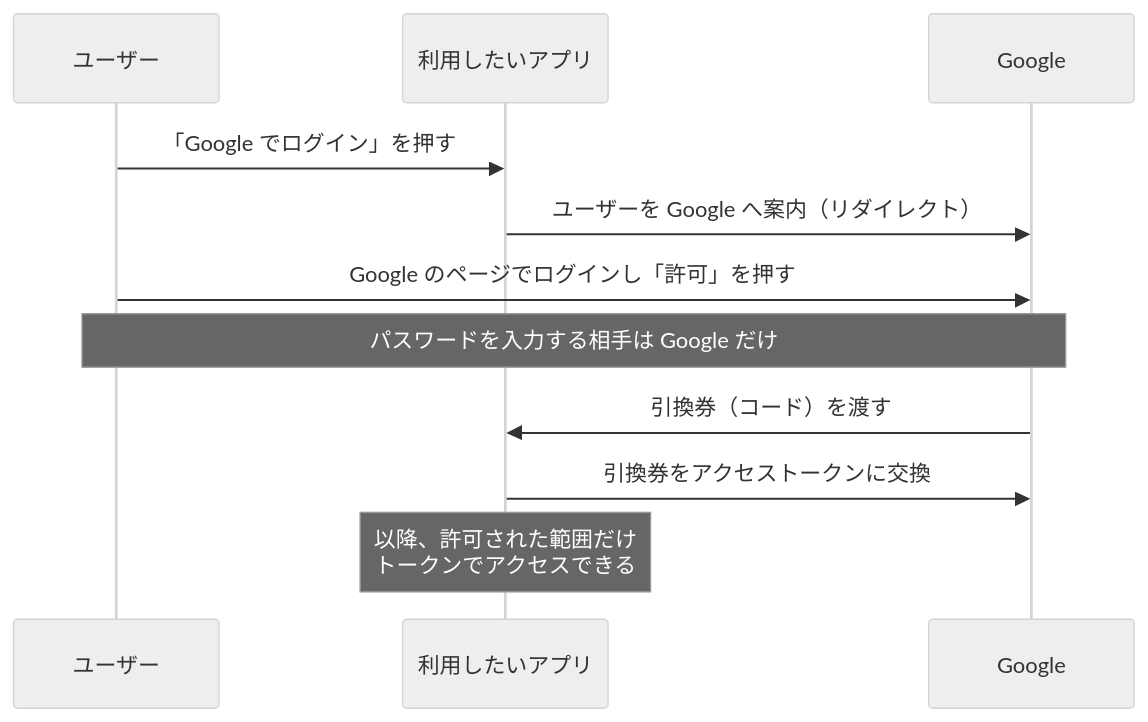
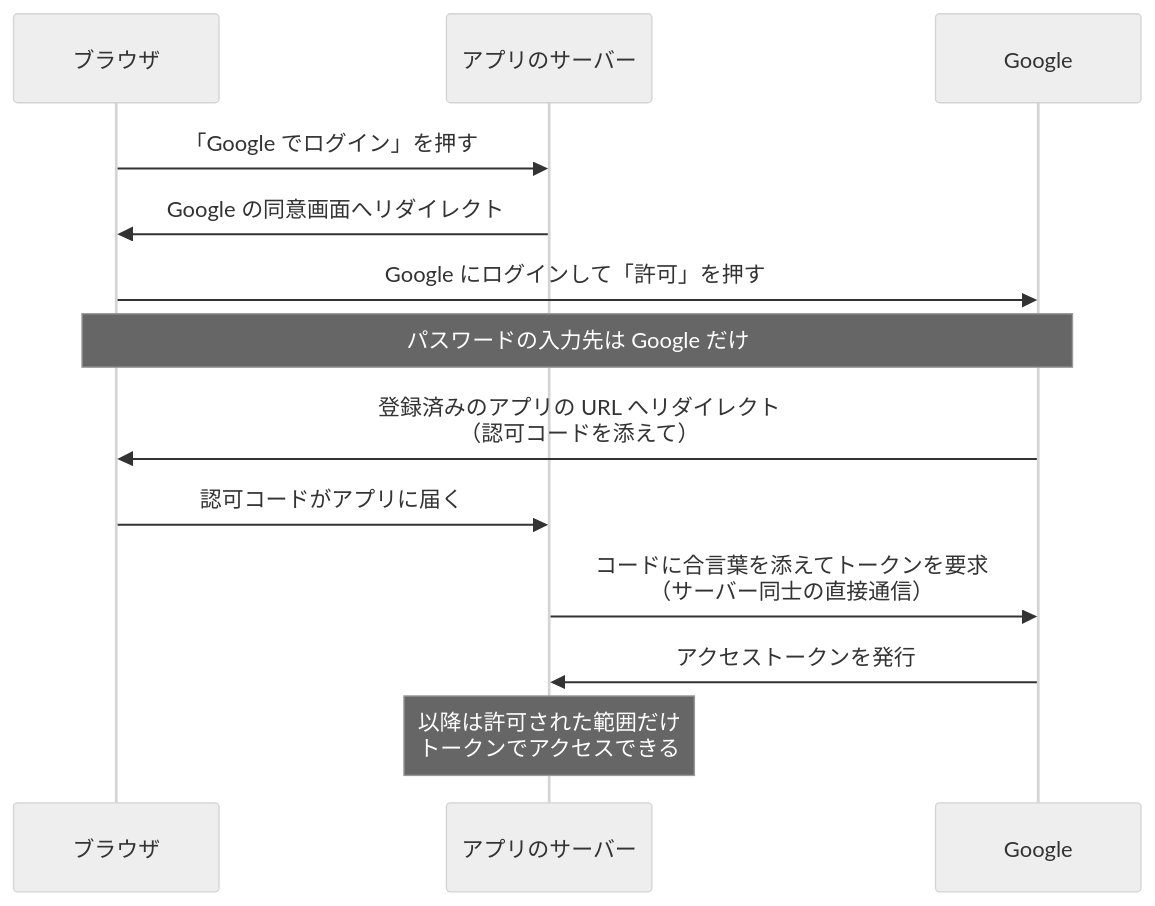
One commit to ozaki25/web-front-training-ozaki25 changed the diagram in docs/drafts/053/index.md. Above: the diagram before and after it, drawn with Mermaid (neutral theme). The commit also changed other lines of this file and 2 other files, not shown here.

Commit message:
セキュリティ下書き増補: 053 OAuth/OIDC・087 パスキー・054 npm を15分密度へ(認可コードフロー精緻化・署名とドメイン照合図・npm v12のinstallスクリプト既定無効まで反映)

````diff
--- a/docs/drafts/053/index.md
+++ b/docs/drafts/053/index.md
@@ -37,13 +33,15 @@
 ```mermaid
 sequenceDiagram
-  participant U as ユーザー
-  participant A as 利用したいアプリ
+  participant B as ブラウザ
+  participant A as アプリのサーバー
   participant G as Google
-  U->>A: 「Google でログイン」を押す
-  A->>G: ユーザーを Google へ案内（リダイレクト）
-  U->>G: Google のページでログインし「許可」を押す
-  Note over U,G: パスワードを入力する相手は Google だけ
-  G->>A: 引換券（コード）を渡す
-  A->>G: 引換券をアクセストークンに交換
-  Note over A: 以降、許可された範囲だけ<br>トークンでアクセスできる
+  B->>A: 「Google でログイン」を押す
+  A->>B: Google の同意画面へリダイレクト
+  B->>G: Google にログインして「許可」を押す
+  Note over B,G: パスワードの入力先は Google だけ
+  G->>B: 登録済みのアプリの URL へリダイレクト<br>（認可コードを添えて）
+  B->>A: 認可コードがアプリに届く
+  A->>G: コードに合言葉を添えてトークンを要求<br>（サーバー同士の直接通信）
+  G->>A: アクセストークンを発行
+  Note over A: 以降は許可された範囲だけ<br>トークンでアクセスできる
 ```
````
